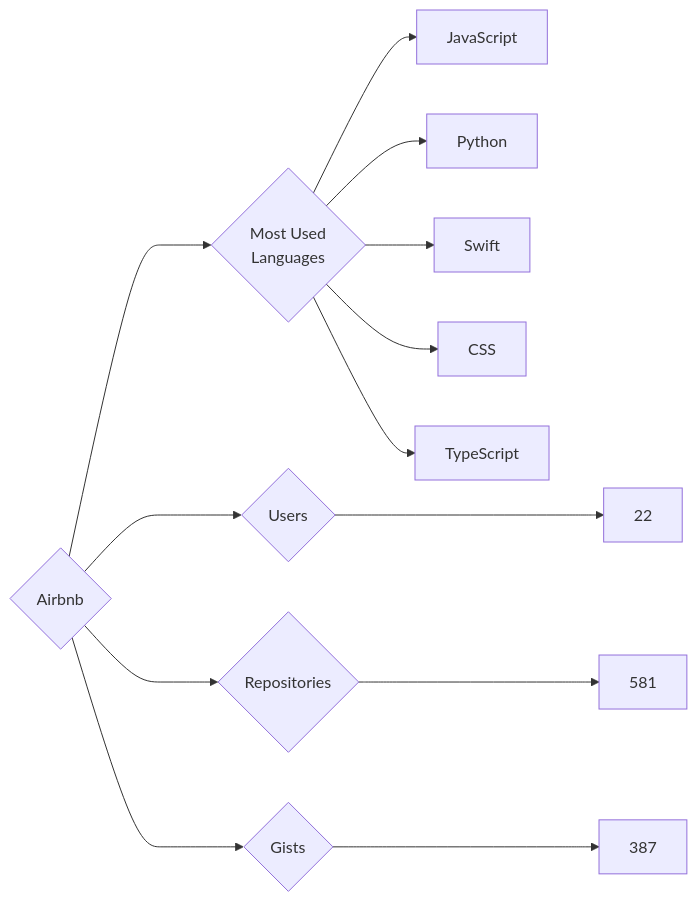
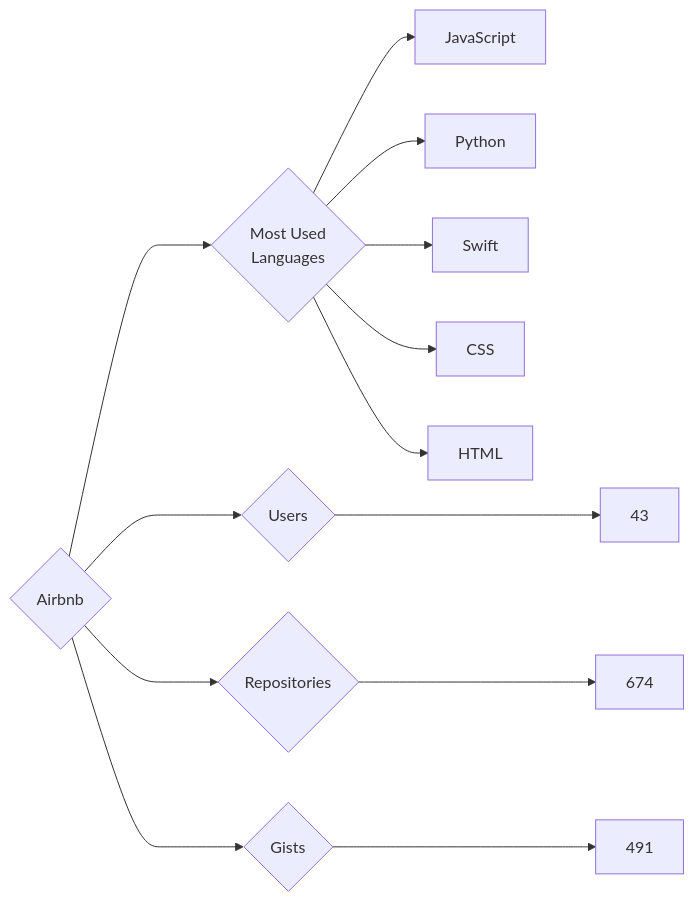
Before and after one commit to trickest/insiders: the diagram in targets/Airbnb/README.md, drawn with Mermaid. The commit also changed 925 other files, not shown here.

````diff
--- a/targets/Airbnb/README.md
+++ b/targets/Airbnb/README.md
@@ -3,13 +3,13 @@
 ```mermaid
 graph LR
 COMPANY_NAME{Airbnb}
-COMPANY_NAME ---> U{Users} ---> UN[22]
-COMPANY_NAME ---> R{Repositories} ---> RN[581]
-COMPANY_NAME ---> G{Gists} ---> GN[387]
+COMPANY_NAME ---> U{Users} ---> UN[43]
+COMPANY_NAME ---> R{Repositories} ---> RN[674]
+COMPANY_NAME ---> G{Gists} ---> GN[491]
 COMPANY_NAME ---> ML{Most Used<br>Languages}
 ML --> JavaScript[JavaScript]
 ML --> Python[Python]
 ML --> Swift[Swift]
 ML --> CSS[CSS]
-ML --> TypeScript[TypeScript]
+ML --> HTML[HTML]
 ```
````
